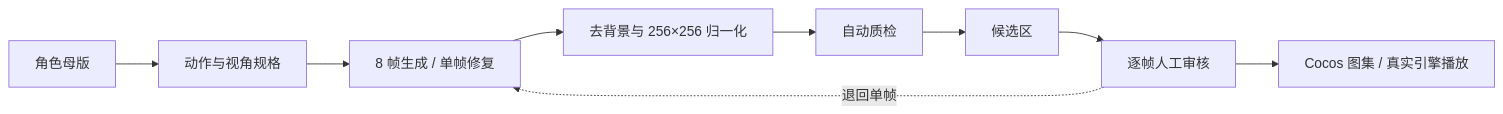
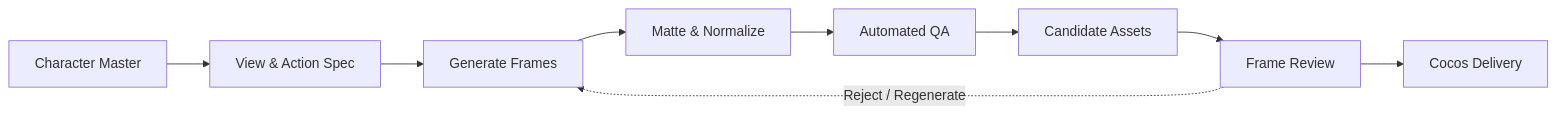
Before and after one commit to huyanxius/windup-asset-lab: the diagram in README.md, drawn with Mermaid. The commit also changed other lines of this file, not shown here.

````diff
--- a/README.md
+++ b/README.md
@@ -43,11 +44,11 @@
 ```mermaid
 flowchart LR
-  A["角色母版"] --> B["动作与视角规格"]
-  B --> C["8 帧生成 / 单帧修复"]
-  C --> D["去背景与 256×256 归一化"]
-  D --> E["自动质检"]
-  E --> F["候选区"]
-  F --> G["逐帧人工审核"]
-  G --> H["Cocos 图集 / 真实引擎播放"]
-  G -."退回单帧".-> C
+  A["Character Master"] --> B["View & Action Spec"]
+  B --> C["Generate Frames"]
+  C --> D["Matte & Normalize"]
+  D --> E["Automated QA"]
+  E --> F["Candidate Assets"]
+  F --> G["Frame Review"]
+  G --> H["Cocos Delivery"]
+  G -. "Reject / Regenerate" .-> C
 ```
````
